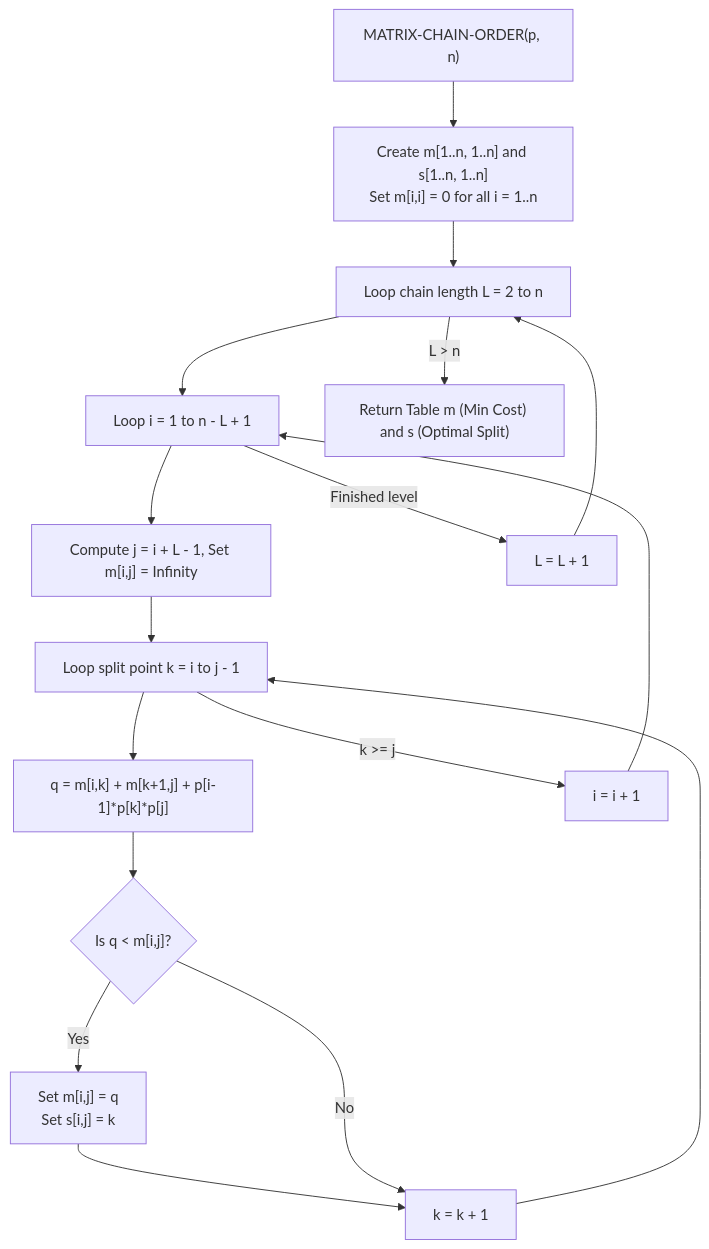
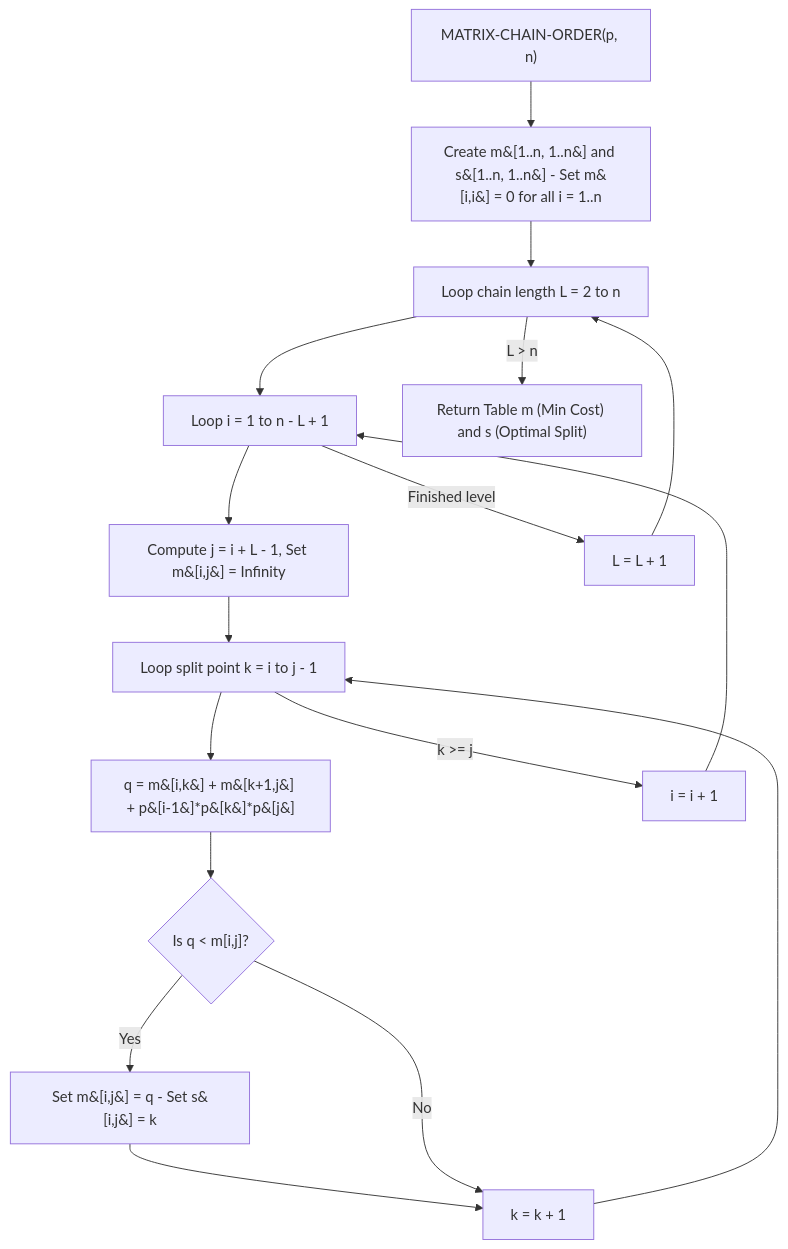
Before and after one commit to DeepLumiere/DeepSkills: the first of 2 diagrams in notes/design_and_analysis_of_algorithms/Unit_06_Dynamic_Programming.md, drawn with Mermaid. The commit also changed other lines of this file and 56 other files, not shown here.

````diff
--- a/notes/design_and_analysis_of_algorithms/Unit_06_Dynamic_Programming.md
+++ b/notes/design_and_analysis_of_algorithms/Unit_06_Dynamic_Programming.md
@@ -294,29 +294,29 @@
 ```mermaid
 
 flowchart TD
 
-    Start["MATRIX-CHAIN-ORDER(p, n)"] --> Init["Create m[1..n, 1..n] and s[1..n, 1..n]<br>Set m[i,i] = 0 for all i = 1..n"]
+    Start["MATRIX-CHAIN-ORDER(p, n)"] --> Init["Create m&#91;1..n, 1..n&#93; and s&#91;1..n, 1..n&#93; - Set m&#91;i,i&#93; = 0 for all i = 1..n"]
 
     Init --> LenLoop["Loop chain length L = 2 to n"]
 
     LenLoop --> InnerI["Loop i = 1 to n - L + 1"]
 
-    InnerI --> SetJ["Compute j = i + L - 1, Set m[i,j] = Infinity"]
+    InnerI --> SetJ["Compute j = i + L - 1, Set m&#91;i,j&#93; = Infinity"]
 
     SetJ --> KLoop["Loop split point k = i to j - 1"]
 
-    KLoop --> CalcCost["q = m[i,k] + m[k+1,j] + p[i-1]*p[k]*p[j]"]
+    KLoop --> CalcCost["q = m&#91;i,k&#93; + m&#91;k+1,j&#93; + p&#91;i-1&#93;*p&#91;k&#93;*p&#91;j&#93;"]
 
     CalcCost --> CheckMin{"Is q < m[i,j]?"}
 
-    CheckMin -- Yes --> UpdateMin["Set m[i,j] = q<br>Set s[i,j] = k"] --> NextK["k = k + 1"] --> KLoop
+    CheckMin -- Yes --> UpdateMin["Set m&#91;i,j&#93; = q - Set s&#91;i,j&#93; = k"] --> NextK["k = k + 1"] --> KLoop
 
     CheckMin -- No --> NextK
 
     KLoop -- "k >= j" --> NextI["i = i + 1"] --> InnerI
 
     InnerI -- "Finished level" --> NextL["L = L + 1"] --> LenLoop
 
     LenLoop -- "L > n" --> Done["Return Table m (Min Cost) and s (Optimal Split)"]
 
 ```
````
